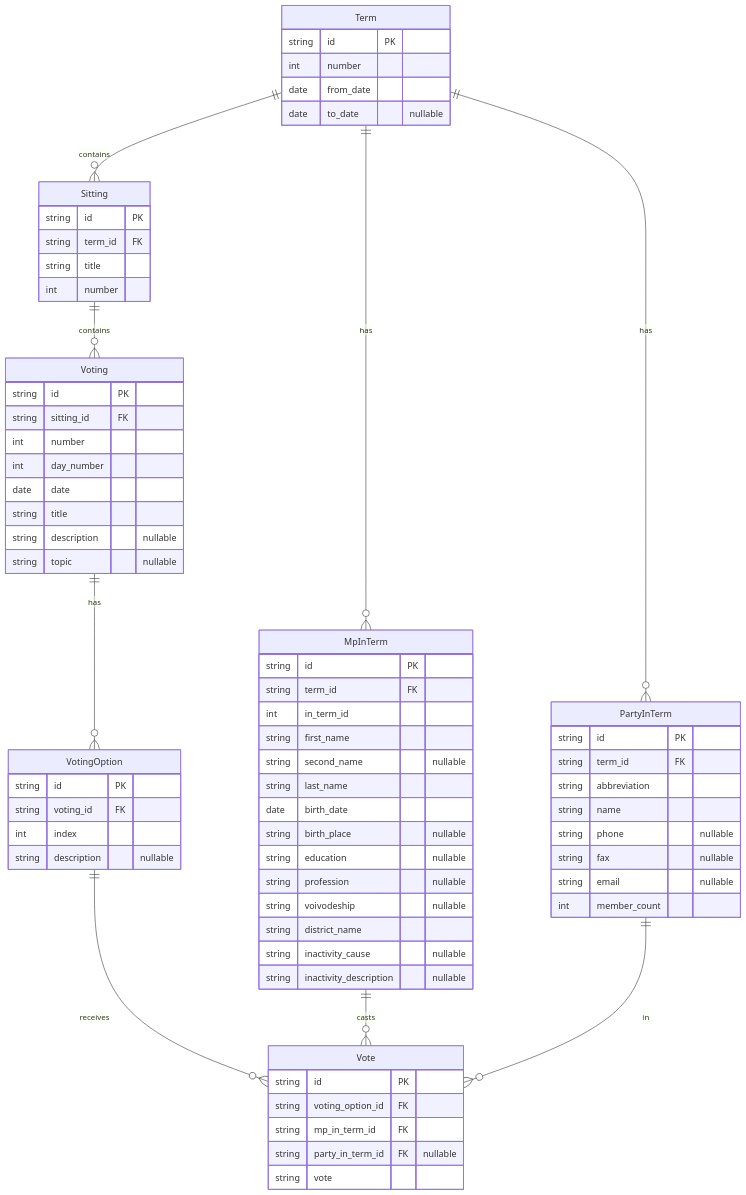
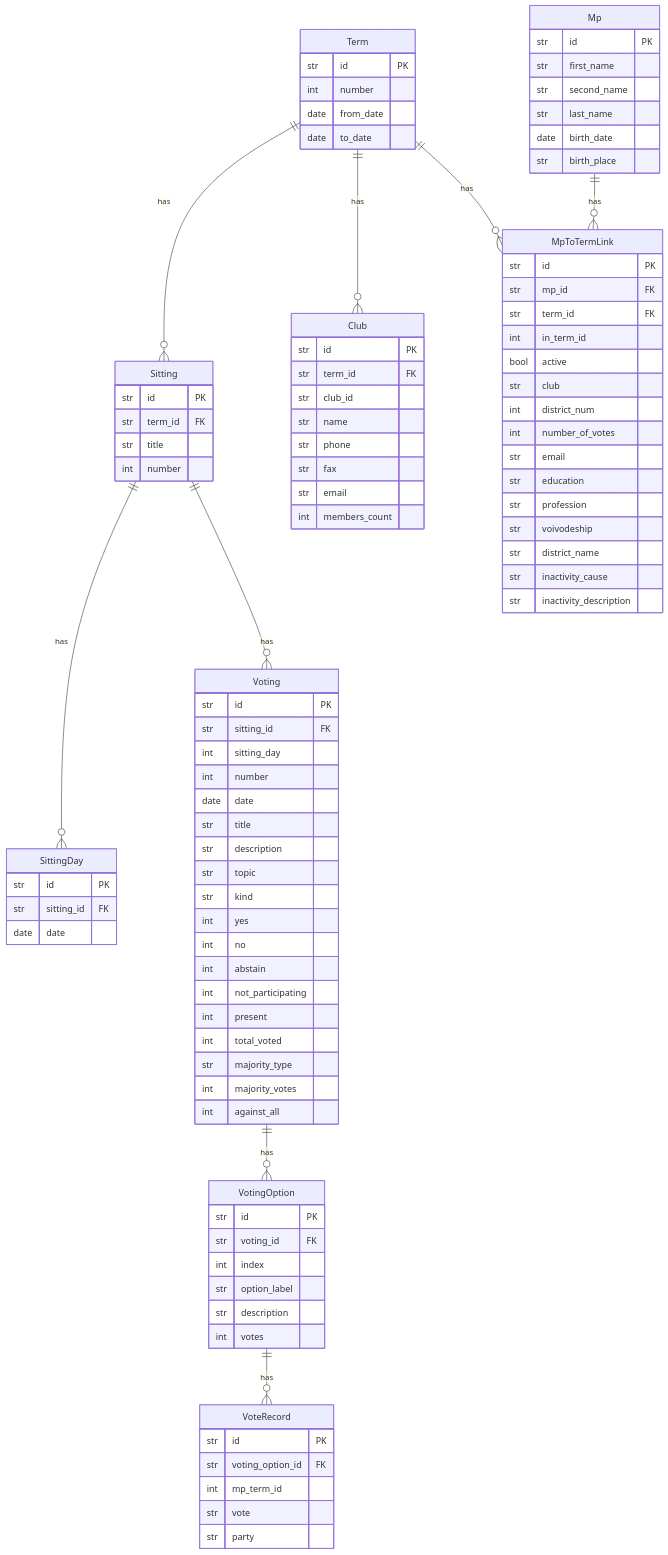
Before and after one commit to LuxF3rre/sejm_scraper: the diagram in README.md, drawn with Mermaid. The commit also changed other lines of this file and 35 other files, not shown here.

````diff
--- a/README.md
+++ b/README.md
@@ -39,79 +65,107 @@
 ```mermaid
 erDiagram
     Term {
-        string id PK
+        str id PK
         int number
         date from_date
-        date to_date "nullable"
+        date to_date
     }
 
     Sitting {
-        string id PK
-        string term_id FK
-        string title
+        str id PK
+        str term_id FK
+        str title
         int number
     }
 
+    SittingDay {
+        str id PK
+        str sitting_id FK
+        date date
+    }
+
     Voting {
-        string id PK
-        string sitting_id FK
+        str id PK
+        str sitting_id FK
+        int sitting_day
         int number
-        int day_number
         date date
-        string title
-        string description "nullable"
-        string topic "nullable"
+        str title
+        str description
+        str topic
+        str kind
+        int yes
+        int no
+        int abstain
+        int not_participating
+        int present
+        int total_voted
+        str majority_type
+        int majority_votes
+        int against_all
     }
 
     VotingOption {
-        string id PK
-        string voting_id FK
+        str id PK
+        str voting_id FK
         int index
-        string description "nullable"
+        str option_label
+        str description
+        int votes
     }
 
-    PartyInTerm {
-        string id PK
-        string term_id FK
-        string abbreviation
-        string name
-        string phone "nullable"
-        string fax "nullable"
-        string email "nullable"
-        int member_count
+    VoteRecord {
+        str id PK
+        str voting_option_id FK
+        int mp_term_id
+        str vote
+        str party
     }
 
-    Vote {
-        string id PK
-        string voting_option_id FK
-        string mp_in_term_id FK
-        string party_in_term_id FK "nullable"
-        string vote
+    Club {
+        str id PK
+        str term_id FK
+        str club_id
+        str name
+        str phone
+        str fax
+        str email
+        int members_count
     }
 
-    MpInTerm {
-        string id PK
-        string term_id FK
-        int in_term_id
-        string first_name
-        string second_name "nullable"
-        string last_name
+    Mp {
+        str id PK
+        str first_name
+        str second_name
+        str last_name
         date birth_date
-        string birth_place "nullable"
-        string education "nullable"
-        string profession "nullable"
-        string voivodeship "nullable"
-        string district_name
-        string inactivity_cause "nullable"
-        string inactivity_description "nullable"
+        str birth_place
     }
 
-    Term ||--o{ Sitting : "contains"
-    Term ||--o{ MpInTerm : "has"
-    Term ||--o{ PartyInTerm : "has"
-    Sitting ||--o{ Voting : "contains"
+    MpToTermLink {
+        str id PK
+        str mp_id FK
+        str term_id FK
+        int in_term_id
+        bool active
+        str club
+        int district_num
+        int number_of_votes
+        str email
+        str education
+        str profession
+        str voivodeship
+        str district_name
+        str inactivity_cause
+        str inactivity_description
+    }
+
+    Term ||--o{ Sitting : "has"
+    Term ||--o{ Club : "has"
+    Term ||--o{ MpToTermLink : "has"
+    Sitting ||--o{ SittingDay : "has"
+    Sitting ||--o{ Voting : "has"
     Voting ||--o{ VotingOption : "has"
-    VotingOption ||--o{ Vote : "receives"
-    MpInTerm ||--o{ Vote : "casts"
-    PartyInTerm ||--o{ Vote : "in"
+    VotingOption ||--o{ VoteRecord : "has"
+    Mp ||--o{ MpToTermLink : "has"
 ```
````
